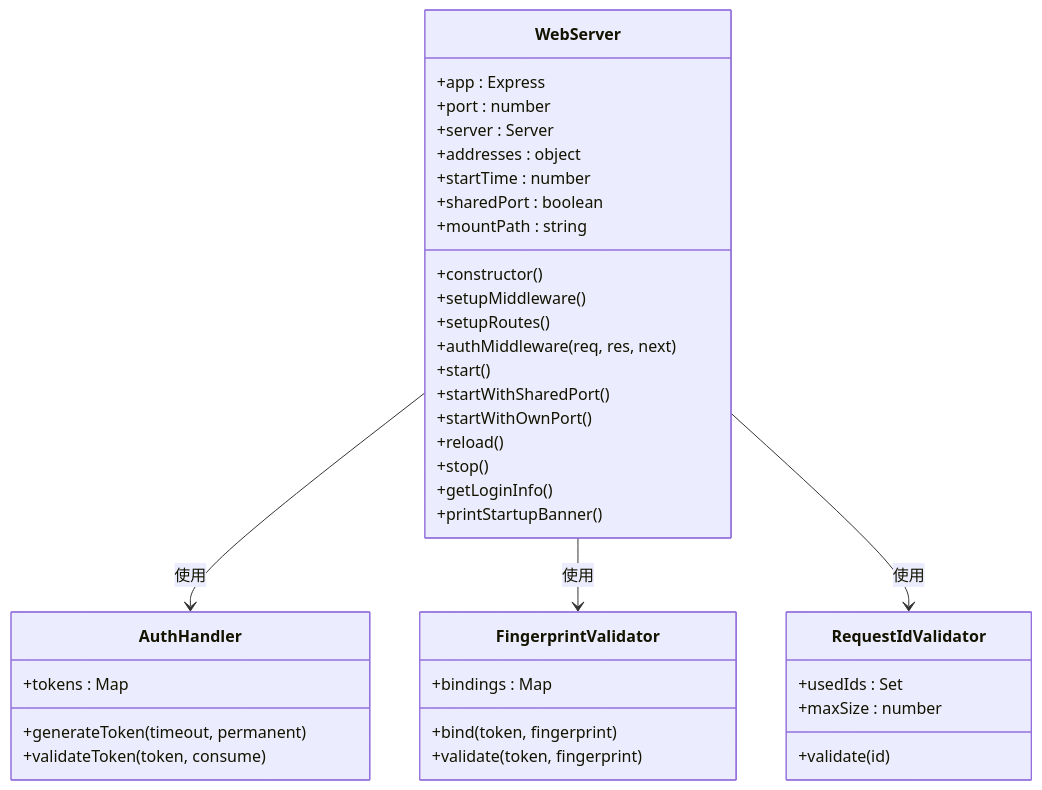
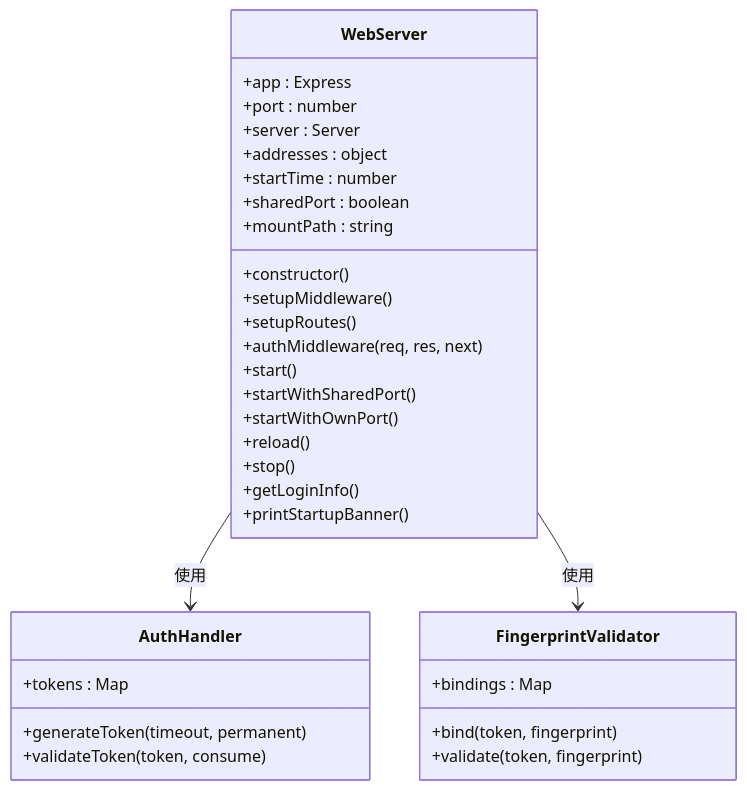
Before and after one commit to XxxXTeam/chatai-plugin: the fourth of 8 diagrams in docs/content/核心架构/服务层架构/路由服务系统/路由服务系统.md, drawn with Mermaid. The commit also changed 72 other files, not shown here.

````diff
--- a/docs/content/核心架构/服务层架构/路由服务系统/路由服务系统.md
+++ b/docs/content/核心架构/服务层架构/路由服务系统/路由服务系统.md
@@ -177,41 +177,35 @@
 ```mermaid
 classDiagram
 class WebServer {
 +app : Express
 +port : number
 +server : Server
 +addresses : object
 +startTime : number
 +sharedPort : boolean
 +mountPath : string
 +constructor()
 +setupMiddleware()
 +setupRoutes()
 +authMiddleware(req, res, next)
 +start()
 +startWithSharedPort()
 +startWithOwnPort()
 +reload()
 +stop()
 +getLoginInfo()
 +printStartupBanner()
 }
 class AuthHandler {
 +tokens : Map
 +generateToken(timeout, permanent)
 +validateToken(token, consume)
 }
 class FingerprintValidator {
 +bindings : Map
 +bind(token, fingerprint)
 +validate(token, fingerprint)
 }
-class RequestIdValidator {
-+usedIds : Set
-+maxSize : number
-+validate(id)
-}
 WebServer --> AuthHandler : 使用
 WebServer --> FingerprintValidator : 使用
-WebServer --> RequestIdValidator : 使用
 ```
````
